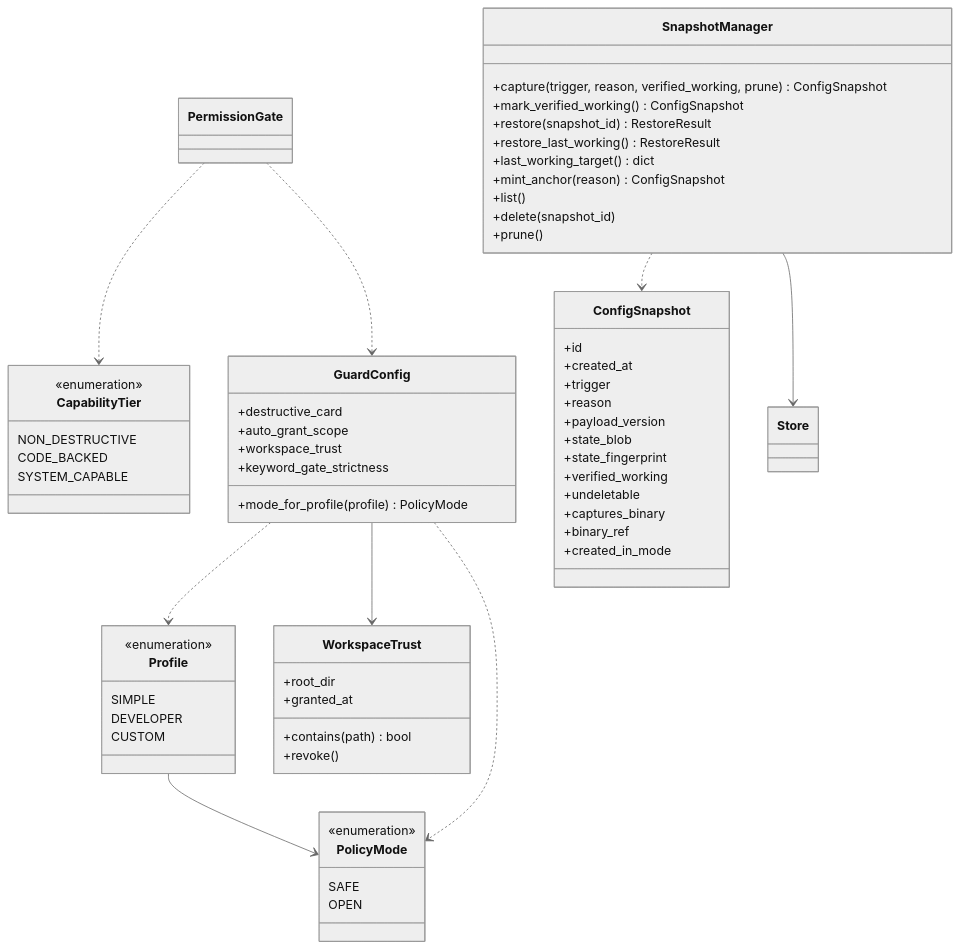
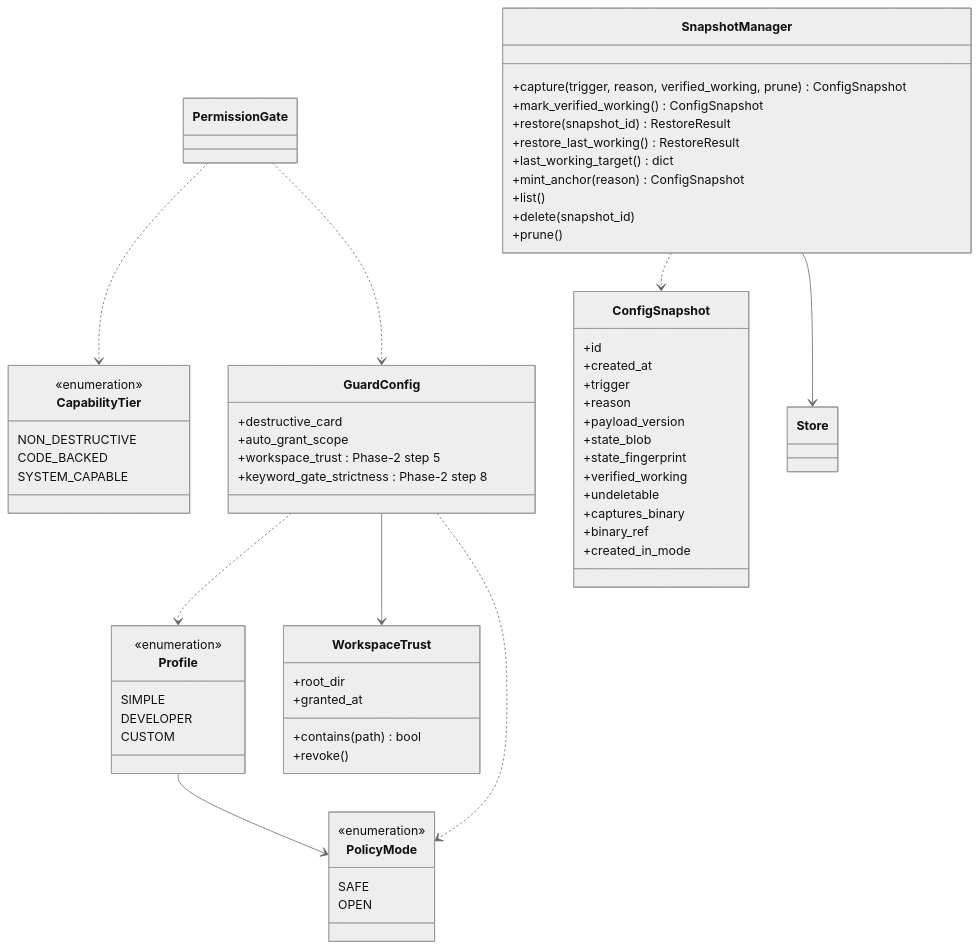
The second of 5 diagrams in docs/classes.md (N041M/Addison), drawn with Mermaid (neutral theme) before and after one commit. The commit also changed other lines of this file and 5 other files, not shown here.

First line of the commit message:
Docs pass: fix broken/overlapping mermaid, retire stale claims, de-brochure the prose

````diff
--- a/docs/classes.md
+++ b/docs/classes.md
@@ -145,67 +146,66 @@
 ```mermaid
 classDiagram
     class Profile {
         <<enumeration>>
         SIMPLE
         DEVELOPER
         CUSTOM
     }
     class PolicyMode {
         <<enumeration>>
         SAFE
         OPEN
     }
     class CapabilityTier {
         <<enumeration>>
         NON_DESTRUCTIVE
         CODE_BACKED
         SYSTEM_CAPABLE
     }
     class GuardConfig {
         +destructive_card
         +auto_grant_scope
-        +workspace_trust
-        +keyword_gate_strictness
-        +mode_for_profile(profile) PolicyMode
+        +workspace_trust : Phase-2 step 5
+        +keyword_gate_strictness : Phase-2 step 8
     }
     class WorkspaceTrust {
         +root_dir
         +granted_at
         +contains(path) bool
         +revoke()
     }
     class SnapshotManager {
         +capture(trigger, reason, verified_working, prune) ConfigSnapshot
         +mark_verified_working() ConfigSnapshot
         +restore(snapshot_id) RestoreResult
         +restore_last_working() RestoreResult
         +last_working_target() dict
         +mint_anchor(reason) ConfigSnapshot
         +list()
         +delete(snapshot_id)
         +prune()
     }
     class ConfigSnapshot {
         +id
         +created_at
         +trigger
         +reason
         +payload_version
         +state_blob
         +state_fingerprint
         +verified_working
         +undeletable
         +captures_binary
         +binary_ref
         +created_in_mode
     }
 
     Profile --> PolicyMode
     GuardConfig ..> Profile
     GuardConfig ..> PolicyMode
     GuardConfig --> WorkspaceTrust
     PermissionGate ..> GuardConfig
     PermissionGate ..> CapabilityTier
     SnapshotManager ..> ConfigSnapshot
     SnapshotManager --> Store
 ```
````
